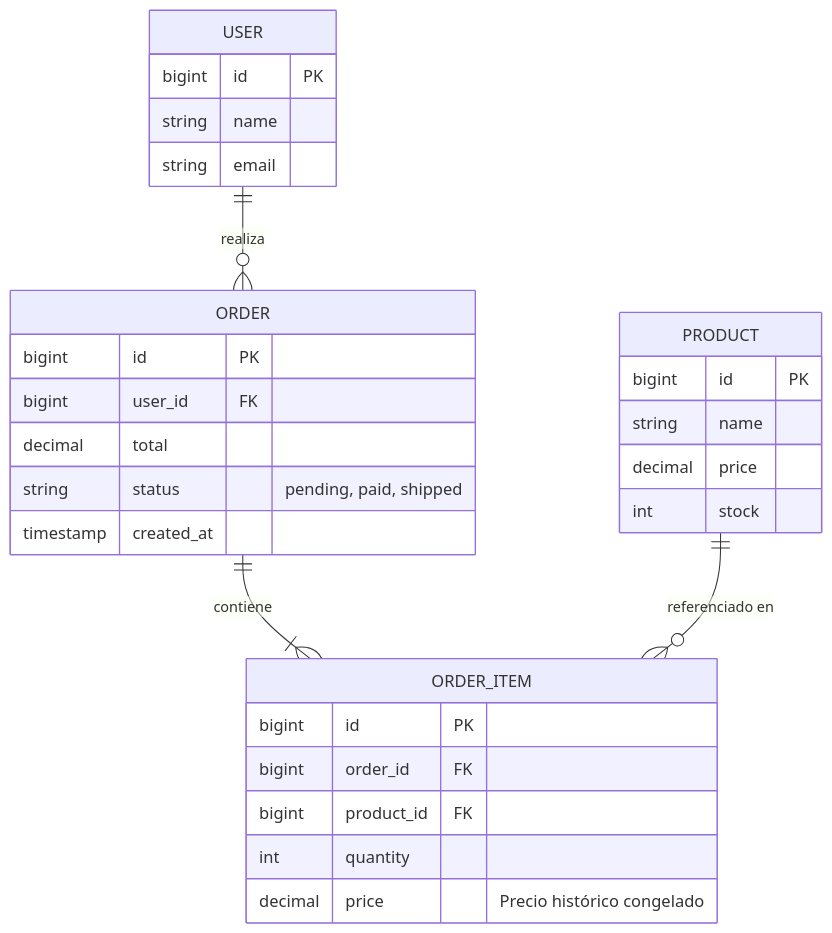
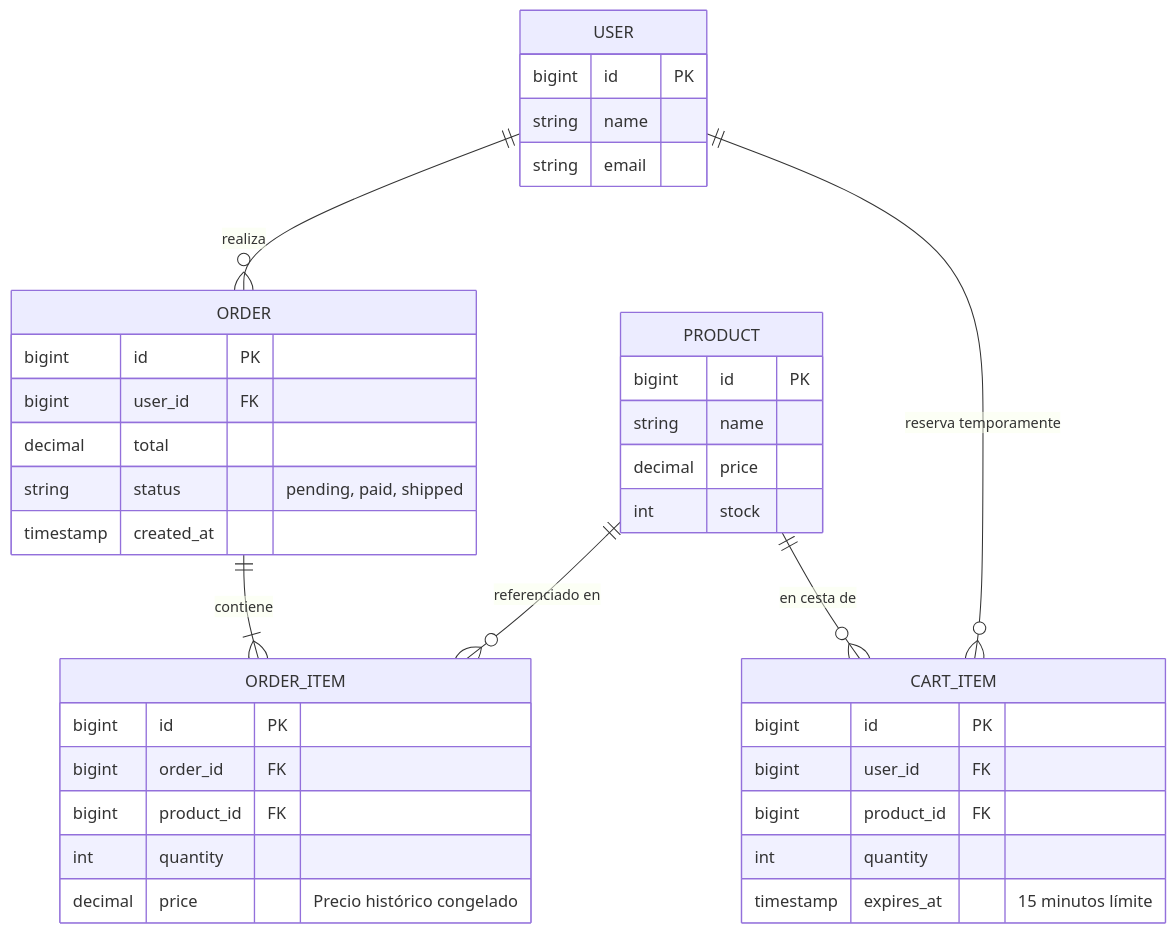
The first of 2 diagrams in README.md (angellopezlinan/aicor-shop-fullstack), drawn with Mermaid before and after one commit. The commit also changed other lines of this file and 11 other files, not shown here.

````diff
--- a/README.md
+++ b/README.md
@@ -97,35 +98,45 @@
 ```mermaid
 erDiagram
     USER ||--o{ ORDER : "realiza"
+    USER ||--o{ CART_ITEM : "reserva temporamente"
     ORDER ||--|{ ORDER_ITEM : "contiene"
     PRODUCT ||--o{ ORDER_ITEM : "referenciado en"
+    PRODUCT ||--o{ CART_ITEM : "en cesta de"
 
     USER {
         bigint id PK
         string name
         string email
+    }
+
+    CART_ITEM {
+        bigint id PK
+        bigint user_id FK
+        bigint product_id FK
+        int quantity
+        timestamp expires_at "15 minutos límite"
     }
 
     ORDER {
         bigint id PK
         bigint user_id FK
         decimal total
         string status "pending, paid, shipped"
         timestamp created_at
     }
 
     ORDER_ITEM {
         bigint id PK
         bigint order_id FK
         bigint product_id FK
         int quantity
         decimal price "Precio histórico congelado"
     }
 
     PRODUCT {
         bigint id PK
         string name
         decimal price
         int stock
     }
 ```
````
